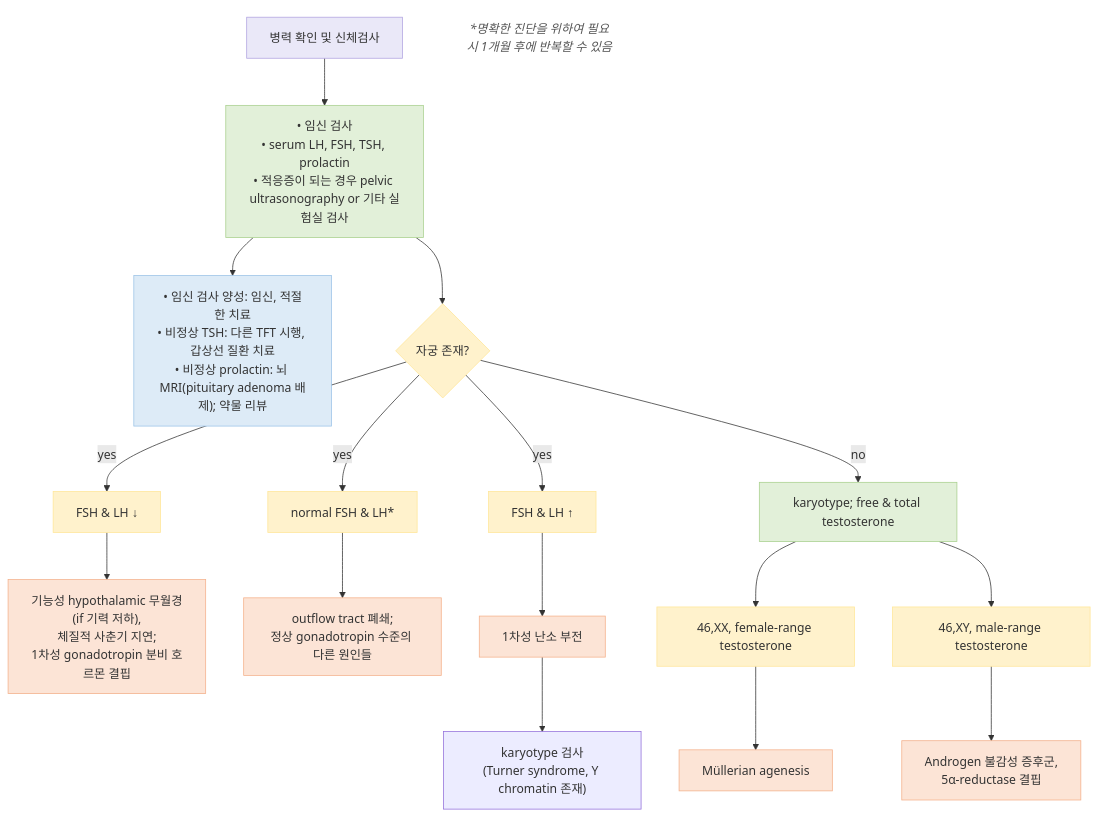
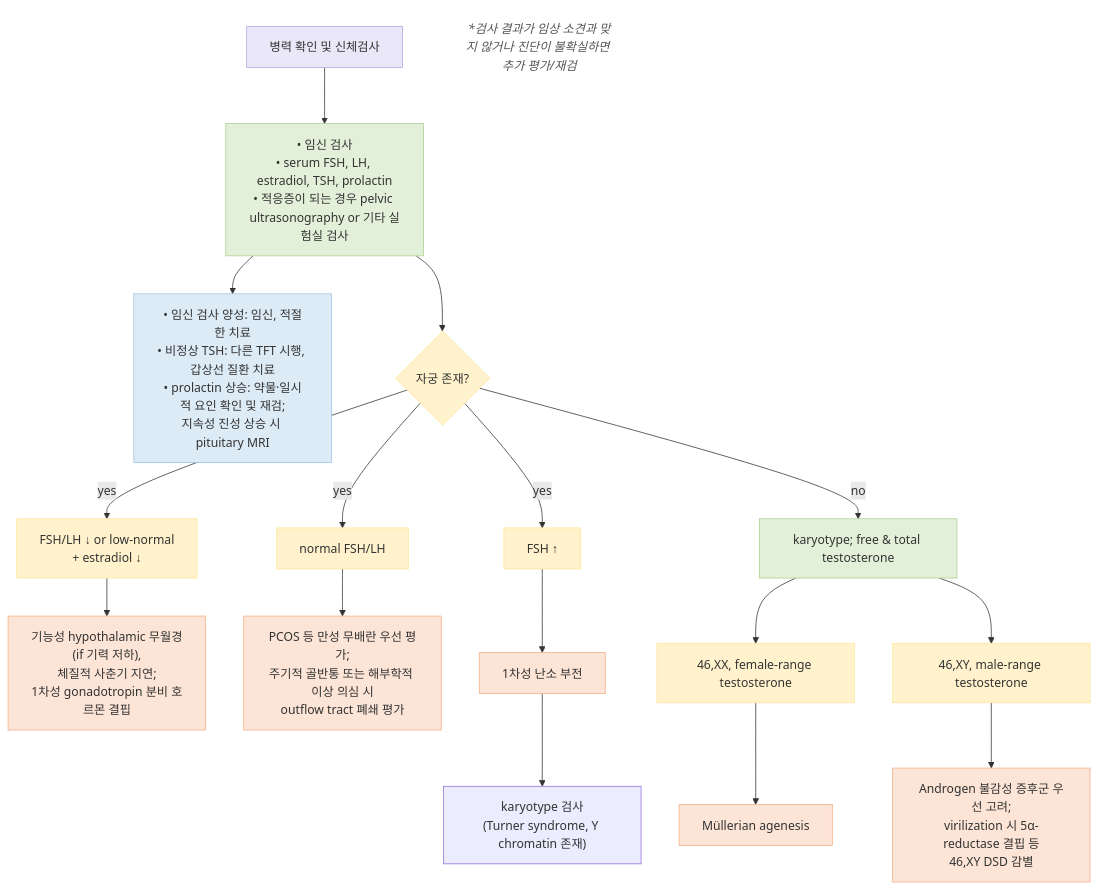
Before and after one commit to familyoh77/familyoh77: the first of 2 diagrams in 227_/130_-amenorrhea.md, drawn with Mermaid. The commit also changed other lines of this file, not shown here.

````diff
--- a/227_/130_-amenorrhea.md
+++ b/227_/130_-amenorrhea.md
@@ -35,43 +94,43 @@
 ```mermaid
 flowchart TD
-    A["병력 확인 및 신체검사"] --> B["• 임신 검사<br>• serum LH, FSH, TSH, prolactin<br>• 적응증이 되는 경우 pelvic ultrasonography or 기타 실험실 검사"]
+    A["병력 확인 및 신체검사"] --> B["• 임신 검사<br>• serum FSH, LH, estradiol, TSH, prolactin<br>• 적응증이 되는 경우 pelvic ultrasonography or 기타 실험실 검사"]
 
-    B --> C["• 임신 검사 양성: 임신, 적절한 치료<br>• 비정상 TSH: 다른 TFT 시행, 갑상선 질환 치료<br>• 비정상 prolactin: 뇌 MRI(pituitary adenoma 배제); 약물 리뷰"]
+    B --> C["• 임신 검사 양성: 임신, 적절한 치료<br>• 비정상 TSH: 다른 TFT 시행, 갑상선 질환 치료<br>• prolactin 상승: 약물·일시적 요인 확인 및 재검;<br>지속성 진성 상승 시 pituitary MRI"]
     B --> D{"자궁 존재?"}
 
     %% 자궁 존재: Yes
-    D -- yes --> E1["FSH & LH ↓"]
-    D -- yes --> E2["normal FSH & LH*"]
-    D -- yes --> E3["FSH & LH ↑"]
+    D -- yes --> E1["FSH/LH ↓ or low-normal<br>+ estradiol ↓"]
+    D -- yes --> E2["normal FSH/LH"]
+    D -- yes --> E3["FSH ↑"]
 
     E1 --> F1["기능성 hypothalamic 무월경(if 기력 저하),<br>체질적 사춘기 지연;<br>1차성 gonadotropin 분비 호르몬 결핍"]
-    E2 --> F2["outflow tract 폐쇄;<br>정상 gonadotropin 수준의 다른 원인들"]
+    E2 --> F2["PCOS 등 만성 무배란 우선 평가;<br>주기적 골반통 또는 해부학적 이상 의심 시<br>outflow tract 폐쇄 평가"]
     E3 --> F3_1["1차성 난소 부전"] --> F3_2["karyotype 검사<br>(Turner syndrome, Y chromatin 존재)"]
 
     %% 자궁 존재: No
     D -- no --> G["karyotype; free & total testosterone"]
 
     G --> H1["46,XX, female-range testosterone"]
     G --> H2["46,XY, male-range testosterone"]
 
     H1 --> I1["Müllerian agenesis"]
-    H2 --> I2["Androgen 불감성 증후군,<br>5α-reductase 결핍"]
+    H2 --> I2["Androgen 불감성 증후군 우선 고려;<br>virilization 시 5α-reductase 결핍 등<br>46,XY DSD 감별"]
 
     %% 주석
-    FOOTNOTE["*명확한 진단을 위하여 필요시 1개월 후에 반복할 수 있음"]
+    FOOTNOTE["*검사 결과가 임상 소견과 맞지 않거나 진단이 불확실하면 추가 평가/재검"]
 
     %% 스타일 정의
     classDef purple fill:#EAE8F8,stroke:#B0A3E0,color:#333
     classDef green fill:#E2F0D9,stroke:#A9D08E,color:#333
     classDef blue fill:#DDEBF7,stroke:#9BC2E6,color:#333
     classDef yellow fill:#FFF2CC,stroke:#FFE699,color:#333
     classDef red fill:#FCE4D6,stroke:#F4B08A,color:#333
     classDef note fill:none,stroke:none,color:#555,font-style:italic
 
     class A purple
     class B,G green
     class C blue
     class D,E1,E2,E3,H1,H2 yellow
     class F1,F2,F3_1,I1,I2 red
     class FOOTNOTE note
 ```
````
